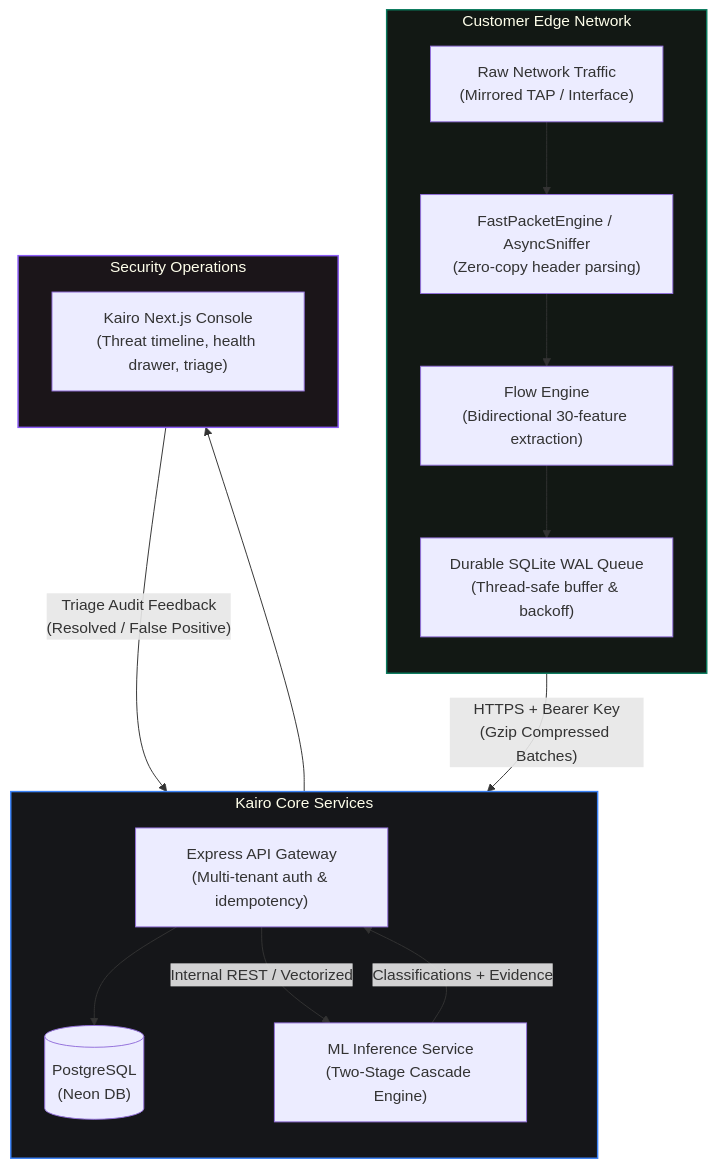
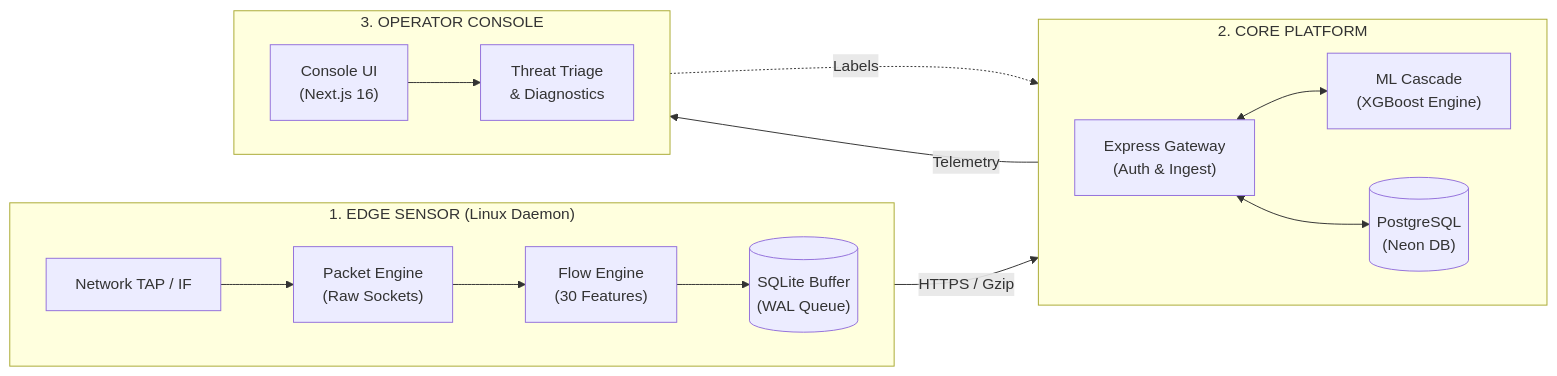
One commit to Sambit-Kumar-Mohanty-26/Kairo changed the diagram in README.md. Above: the diagram before and after it, drawn with Mermaid.

Commit message:
docs: streamline architecture diagram and finalize product README

````diff
--- a/README.md
+++ b/README.md
@@ -63,30 +63,29 @@
 ```mermaid
-flowchart TD
-    subgraph Edge["Customer Edge Network"]
-        direction TB
-        Traffic["Raw Network Traffic\n(Mirrored TAP / Interface)"] --> Sniffer["FastPacketEngine / AsyncSniffer\n(Zero-copy header parsing)"]
-        Sniffer --> FlowGen["Flow Engine\n(Bidirectional 30-feature extraction)"]
-        FlowGen --> WAL["Durable SQLite WAL Queue\n(Thread-safe buffer & backoff)"]
+graph LR
+    subgraph SENSOR["1. EDGE SENSOR (Linux Daemon)"]
+        direction LR
+        TAP["Network TAP / IF"] --> CAP["Packet Engine\n(Raw Sockets)"]
+        CAP --> FLOW["Flow Engine\n(30 Features)"]
+        FLOW --> WAL[("SQLite Buffer\n(WAL Queue)")]
     end
 
-    subgraph Platform["Kairo Core Services"]
-        direction TB
-        WAL -- "HTTPS + Bearer Key\n(Gzip Compressed Batches)" --> Ingest["Express API Gateway\n(Multi-tenant auth & idempotency)"]
-        Ingest --> DB[("PostgreSQL\n(Neon DB)")]
-        Ingest -- "Internal REST / Vectorized" --> ML["ML Inference Service\n(Two-Stage Cascade Engine)"]
-        ML -- "Classifications + Evidence" --> Ingest
+    subgraph CORE["2. CORE PLATFORM"]
+        direction LR
+        API["Express Gateway\n(Auth & Ingest)"]
+        ML["ML Cascade\n(XGBoost Engine)"]
+        DB[("PostgreSQL\n(Neon DB)")]
+        API <--> ML
+        API <--> DB
     end
 
-    subgraph Console["Security Operations"]
-        direction TB
-        Ingest --> UI["Kairo Next.js Console\n(Threat timeline, health drawer, triage)"]
-        UI -- "Triage Audit Feedback\n(Resolved / False Positive)" --> DB
+    subgraph OPS["3. OPERATOR CONSOLE"]
+        direction LR
+        DASH["Console UI\n(Next.js 16)"]
+        TRIAGE["Threat Triage\n& Diagnostics"]
+        DASH --> TRIAGE
     end
 
-    classDef edge fill:#121814,stroke:#0A7A5D,stroke-width:1.5px,color:#FFFFEB;
-    classDef platform fill:#151619,stroke:#3B82F6,stroke-width:1.5px,color:#FFFFEB;
-    classDef console fill:#1B1519,stroke:#8B5CF6,stroke-width:1.5px,color:#FFFFEB;
-    class Edge edge;
-    class Platform platform;
-    class Console console;
+    WAL -->|"HTTPS / Gzip"| API
+    API -->|"Telemetry"| DASH
+    TRIAGE -.->|"Labels"| DB
 ```
````
